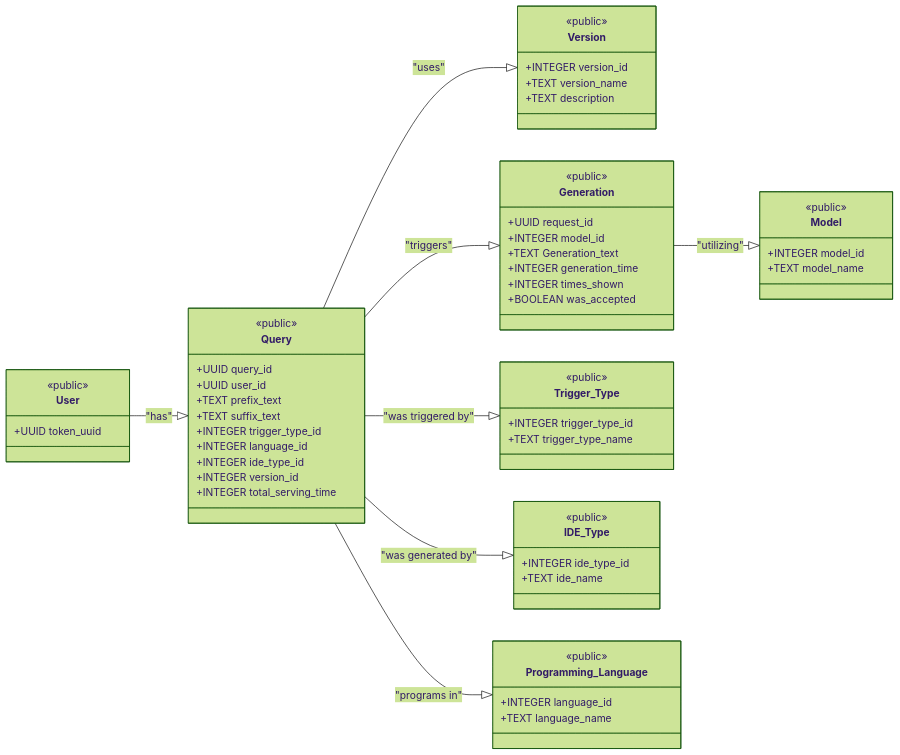
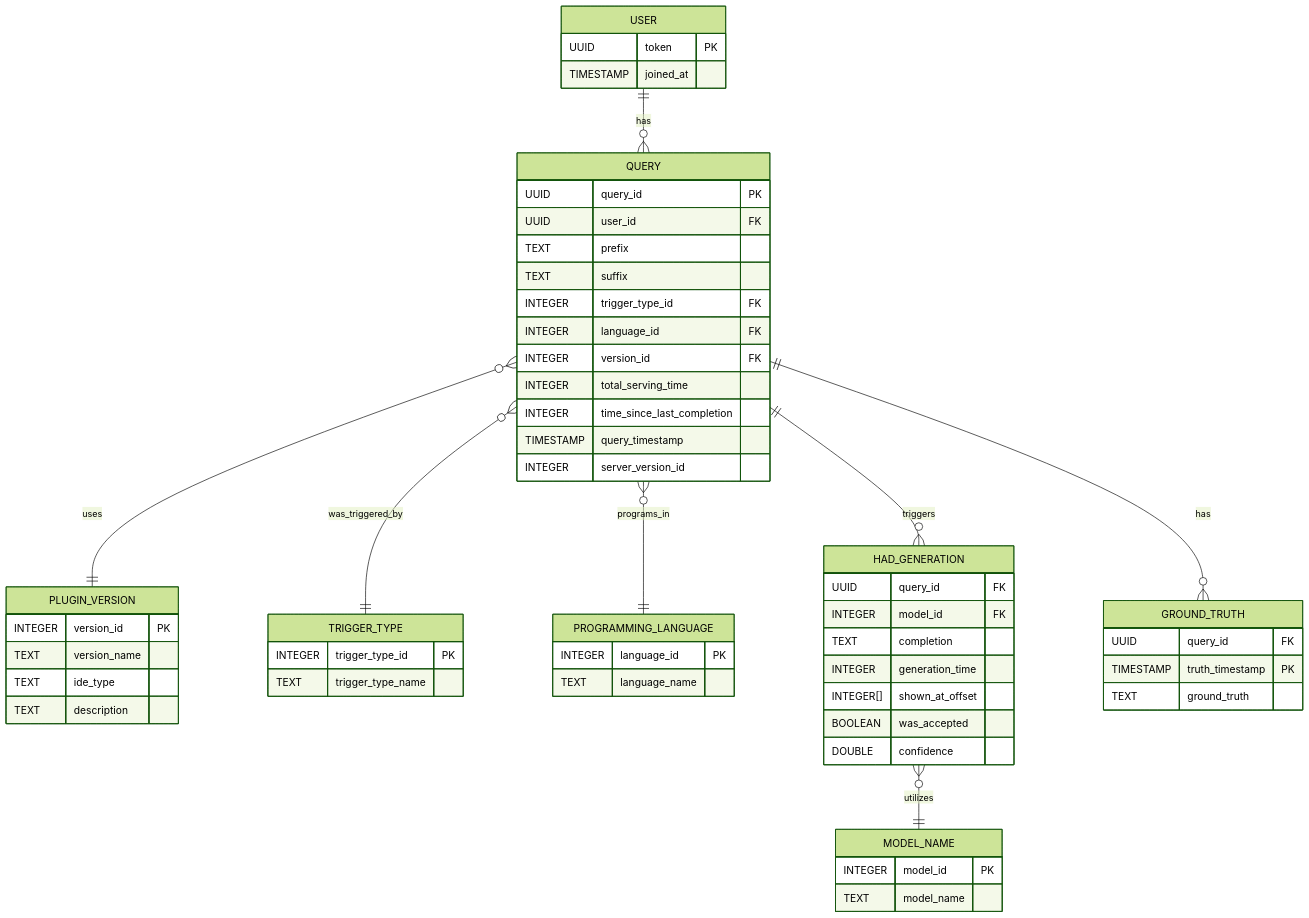
Before and after one commit to AISE-TUDelft/coco: the diagram in server/database/design.md, drawn with Mermaid (forest theme). The commit also changed other lines of this file and 3 other files, not shown here.

````diff
--- a/server/database/design.md
+++ b/server/database/design.md
@@ -1,63 +1,68 @@
 ```mermaid
-classDiagram
-    direction LR
-    class User {
-      <<public>>
-      +UUID token_uuid
-    }
-    class Query {
-      <<public>>
-      +UUID query_id
-      +UUID user_id
-      +TEXT prefix_text
-      +TEXT suffix_text
-      +INTEGER trigger_type_id
-      +INTEGER language_id
-      +INTEGER ide_type_id
-      +INTEGER version_id
-      +INTEGER total_serving_time
-    }
-    class Version {
-      <<public>>
-      +INTEGER version_id
-      +TEXT version_name
-      +TEXT description
-    }
-    class Generation {
-      <<public>>
-      +UUID request_id
-      +INTEGER model_id
-      +TEXT Generation_text
-      +INTEGER generation_time
-      +INTEGER times_shown
-      +BOOLEAN was_accepted
-    }
-    class Model {
-      <<public>>
-      +INTEGER model_id
-      +TEXT model_name
-    }
-    class Trigger_Type {
-      <<public>>
-      +INTEGER trigger_type_id
-      +TEXT trigger_type_name
-    }
-    class IDE_Type {
-      <<public>>
-      +INTEGER ide_type_id
-      +TEXT ide_name
-    }
-    class Programming_Language {
-      <<public>>
-      +INTEGER language_id
-      +TEXT language_name
+erDiagram
+    USER {
+        UUID token PK
+        TIMESTAMP joined_at
     }
 
-    User --|> Query : "has"
-    Query --|> Version : "uses"
-    Query --|> Generation : "triggers"
-    Generation --|> Model : "utilizing"
-    Query --|> Trigger_Type : "was triggered by"
-    Query --|> IDE_Type : "was generated by"
-    Query --|> Programming_Language : "programs in"
+    QUERY {
+        UUID query_id PK
+        UUID user_id FK
+        TEXT prefix
+        TEXT suffix
+        INTEGER trigger_type_id FK
+        INTEGER language_id FK
+        INTEGER version_id FK
+        INTEGER total_serving_time
+        INTEGER time_since_last_completion
+        TIMESTAMP query_timestamp
+        INTEGER server_version_id
+    }
+
+    MODEL_NAME {
+        INTEGER model_id PK
+        TEXT model_name
+    }
+
+    PLUGIN_VERSION {
+        INTEGER version_id PK
+        TEXT version_name
+        TEXT ide_type
+        TEXT description
+    }
+
+    TRIGGER_TYPE {
+        INTEGER trigger_type_id PK
+        TEXT trigger_type_name
+    }
+
+    PROGRAMMING_LANGUAGE {
+        INTEGER language_id PK
+        TEXT language_name
+    }
+
+    HAD_GENERATION {
+        UUID query_id FK
+        INTEGER model_id FK
+        TEXT completion
+        INTEGER generation_time
+        INTEGER[] shown_at_offset
+        BOOLEAN was_accepted
+        DOUBLE confidence
+    }
+
+    GROUND_TRUTH {
+        UUID query_id FK
+        TIMESTAMP truth_timestamp PK
+        TEXT ground_truth
+    }
+
+    USER ||--o{ QUERY : has
+    QUERY ||--o{ HAD_GENERATION : triggers
+    QUERY ||--o{ GROUND_TRUTH : has
+    QUERY }o--|| PLUGIN_VERSION : uses
+    QUERY }o--|| TRIGGER_TYPE : was_triggered_by
+    QUERY }o--|| PROGRAMMING_LANGUAGE : programs_in
+    HAD_GENERATION }o--|| MODEL_NAME : utilizes
+
 ```
````
